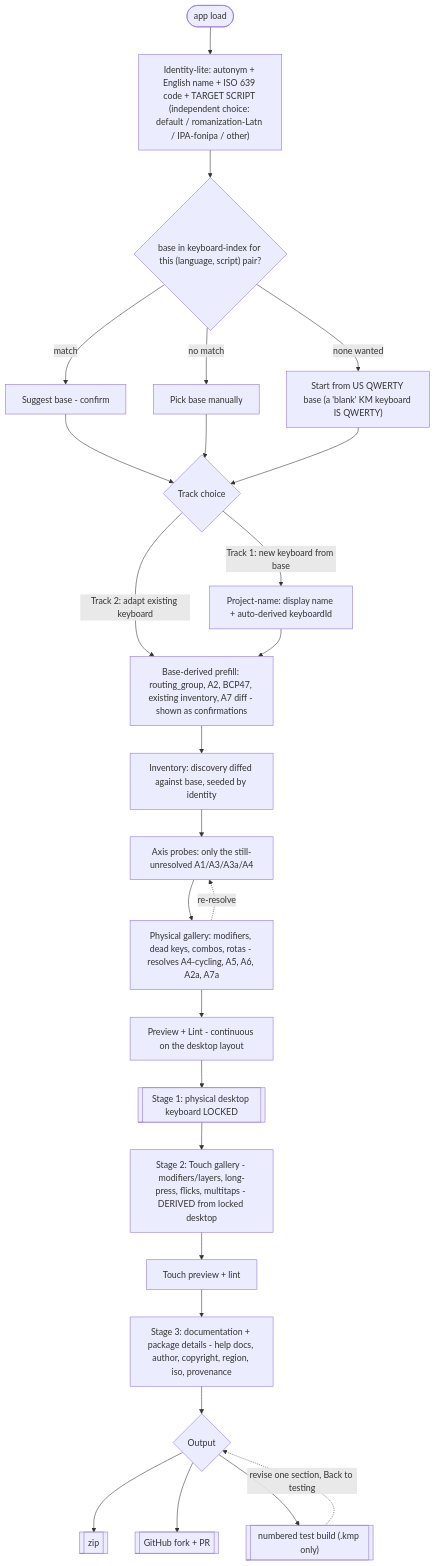
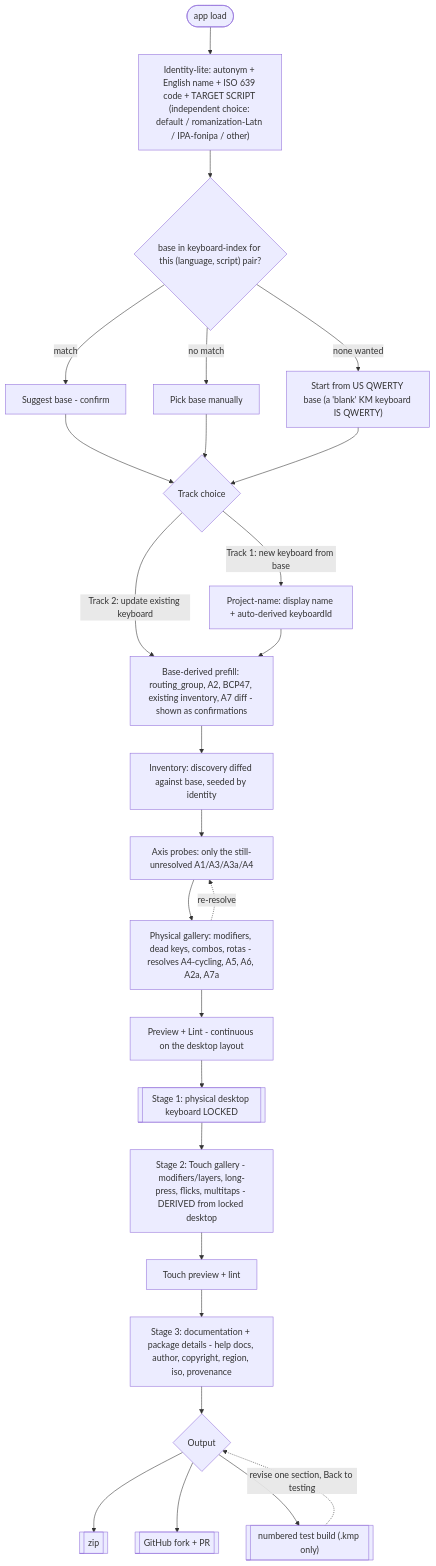
The diagram in docs/workflow-model.md (keyboard-studio/keyboard-studio), drawn with Mermaid before and after one commit. The commit also changed other lines of this file and 10 other files, not shown here.

````diff
--- a/docs/workflow-model.md
+++ b/docs/workflow-model.md
@@ -92,29 +92,29 @@
 ```mermaid
 graph TD
   Entry([app load]) --> ID["Identity-lite: autonym + English name + ISO 639 code + TARGET SCRIPT (independent choice: default / romanization-Latn / IPA-fonipa / other)"]
   ID --> LOOKUP{"base in keyboard-index for this (language, script) pair?"}
   LOOKUP -->|match| SUGGEST[Suggest base - confirm]
   LOOKUP -->|no match| MANUAL[Pick base manually]
   LOOKUP -->|none wanted| BLANK["Start from US QWERTY base (a 'blank' KM keyboard IS QWERTY)"]
   SUGGEST --> TRACK{Track choice}
   MANUAL --> TRACK
   BLANK --> TRACK
   TRACK -->|Track 1: new keyboard from base| PROJNAME["Project-name: display name + auto-derived keyboardId"]
-  TRACK -->|Track 2: adapt existing keyboard| PREFILL
+  TRACK -->|Track 2: update existing keyboard| PREFILL
   PROJNAME --> PREFILL
   PREFILL[Base-derived prefill: routing_group, A2, BCP47, existing inventory, A7 diff - shown as confirmations]
   PREFILL --> INV[Inventory: discovery diffed against base, seeded by identity]
   INV --> PROBE[Axis probes: only the still-unresolved A1/A3/A3a/A4]
   PROBE --> GALP["Physical gallery: modifiers, dead keys, combos, rotas - resolves A4-cycling, A5, A6, A2a, A7a"]
   GALP -.re-resolve.-> PROBE
   GALP --> PVW[Preview + Lint - continuous on the desktop layout]
   PVW --> LOCK[[Stage 1: physical desktop keyboard LOCKED]]
   LOCK --> GALT["Stage 2: Touch gallery - modifiers/layers, long-press, flicks, multitaps - DERIVED from locked desktop"]
   GALT --> TPV[Touch preview + lint]
   TPV --> DOCS[Stage 3: documentation + package details - help docs, author, copyright, region, iso, provenance]
   DOCS --> OUT{Output}
   OUT --> ZIP[[zip]]
   OUT --> PR[[GitHub fork + PR]]
   OUT --> TB[["numbered test build (.kmp only)"]]
   TB -.revise one section, Back to testing.-> OUT
 ```
````
